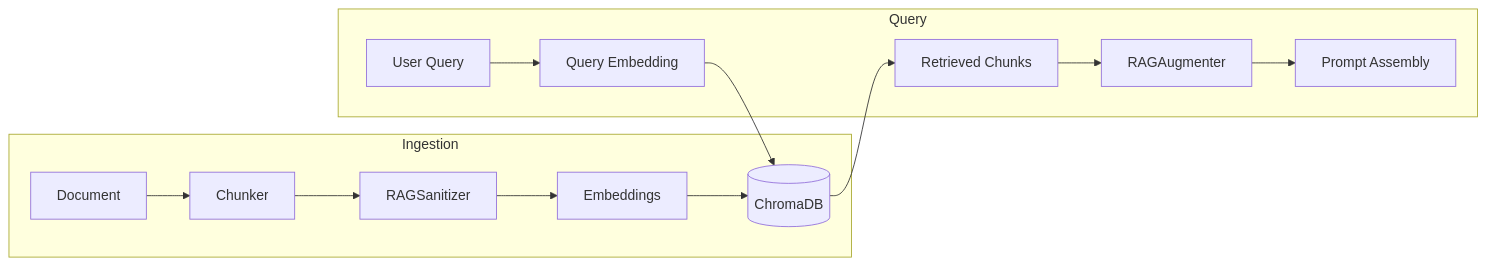
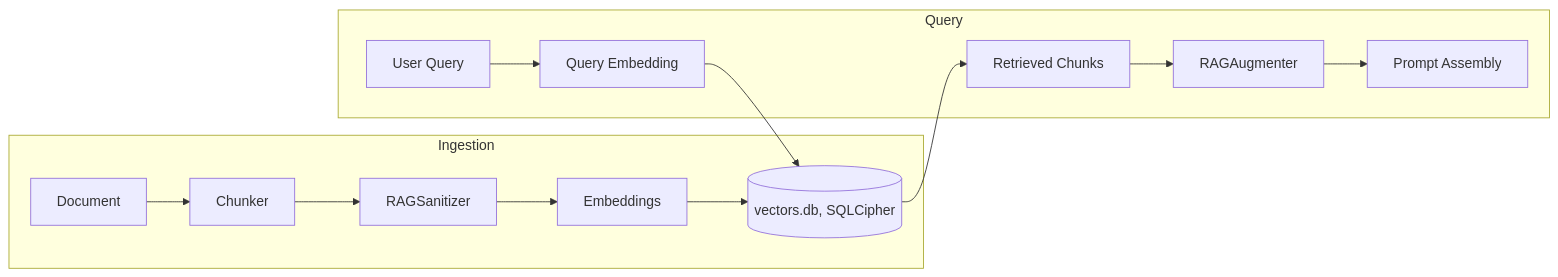
The second of 4 diagrams in docs/architecture/data-flow.md (AntsAreRad/opti-oignon), drawn with Mermaid before and after one commit. The commit also changed other lines of this file and 25 other files, not shown here.

````diff
--- a/docs/architecture/data-flow.md
+++ b/docs/architecture/data-flow.md
@@ -60,17 +60,17 @@
 ```mermaid
 flowchart LR
     subgraph Ingestion
         D[Document] --> C[Chunker]
         C --> S[RAGSanitizer]
         S --> E[Embeddings]
-        E --> V[(ChromaDB)]
+        E --> V[(vectors.db, SQLCipher)]
     end
 
     subgraph Query
         Q[User Query] --> QE[Query Embedding]
         QE --> V
         V --> R[Retrieved Chunks]
         R --> A[RAGAugmenter]
         A --> P[Prompt Assembly]
     end
 ```
````
